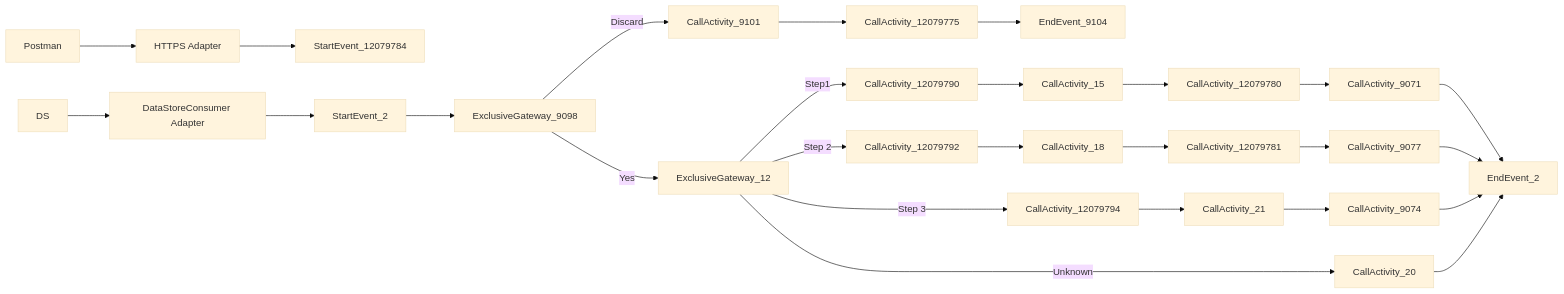
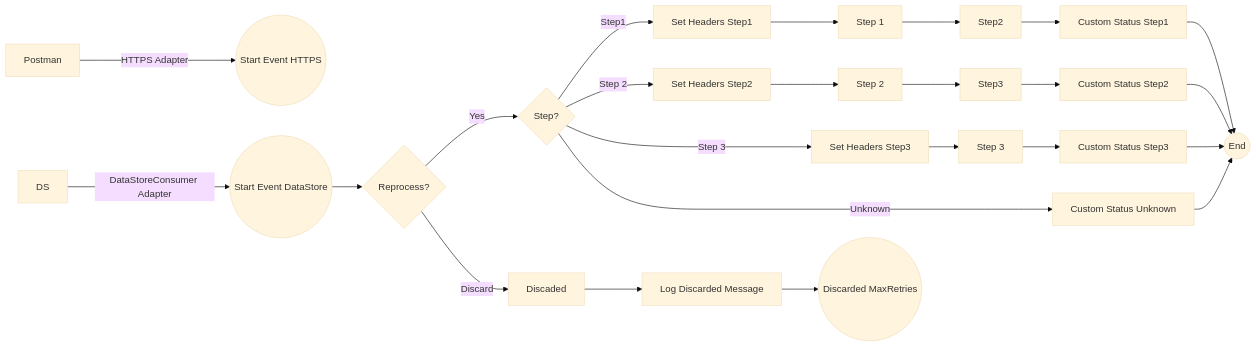
The diagram in MMZ - Cell Iflows/SEDA_Model_-_Single_DS_-_Restart_and_Discard_MMZ-1.0.0/readme.md (Avvale-IA-CICD/AvvaleCPI), drawn with Mermaid (base theme) before and after one commit. The commit also changed other lines of this file, not shown here.

````diff
--- a/MMZ - Cell Iflows/SEDA_Model_-_Single_DS_-_Restart_and_Discard_MMZ-1.0.0/readme.md
+++ b/MMZ - Cell Iflows/SEDA_Model_-_Single_DS_-_Restart_and_Discard_MMZ-1.0.0/readme.md
@@ -5,26 +5,49 @@
 ```mermaid
 graph LR
-    Postman --> HTTPS[HTTPS Adapter] --> StartEvent_12079784
-    DS --> DataStoreConsumer[DataStoreConsumer Adapter] --> StartEvent_2
+    Postman[Postman]
+    DS[DS]
+    StartEvent_12079784((Start Event HTTPS))
+    StartEvent_2((Start Event DataStore))
+    ExclusiveGateway_9098{Reprocess?}
+    ExclusiveGateway_12{Step?}
+    CallActivity_12079790[Set Headers Step1]
+    CallActivity_12079792[Set Headers Step2]
+    CallActivity_12079794[Set Headers Step3]
+    CallActivity_15[Step 1]
+    CallActivity_18[Step 2]
+    CallActivity_21[Step 3]
+    CallActivity_12079780[Step2]
+    CallActivity_12079781[Step3]
+    CallActivity_9071[Custom Status Step1]
+    CallActivity_9077[Custom Status Step2]
+    CallActivity_9074[Custom Status Step3]
+    CallActivity_20[Custom Status Unknown]
+    CallActivity_9101[Discaded]
+    CallActivity_12079775[Log Discarded Message]
+    EndEvent_9104((Discarded MaxRetries))
+    EndEvent_2((End))
+
+    Postman -- HTTPS Adapter --> StartEvent_12079784
+    DS -- DataStoreConsumer Adapter --> StartEvent_2
     StartEvent_2 --> ExclusiveGateway_9098
     ExclusiveGateway_9098 -- Yes --> ExclusiveGateway_12
     ExclusiveGateway_9098 -- Discard --> CallActivity_9101
     CallActivity_9101 --> CallActivity_12079775
     CallActivity_12079775 --> EndEvent_9104
     ExclusiveGateway_12 -- Step1 --> CallActivity_12079790
     ExclusiveGateway_12 -- Step 2 --> CallActivity_12079792
     ExclusiveGateway_12 -- Step 3 --> CallActivity_12079794
     ExclusiveGateway_12 -- Unknown --> CallActivity_20
+    CallActivity_20 --> EndEvent_2
     CallActivity_12079790 --> CallActivity_15
     CallActivity_12079792 --> CallActivity_18
     CallActivity_12079794 --> CallActivity_21
     CallActivity_15 --> CallActivity_12079780
     CallActivity_18 --> CallActivity_12079781
     CallActivity_21 --> CallActivity_9074
     CallActivity_12079780 --> CallActivity_9071
     CallActivity_12079781 --> CallActivity_9077
     CallActivity_9071 --> EndEvent_2
     CallActivity_9077 --> EndEvent_2
     CallActivity_9074 --> EndEvent_2
-    CallActivity_20 --> EndEvent_2
 ```
````
